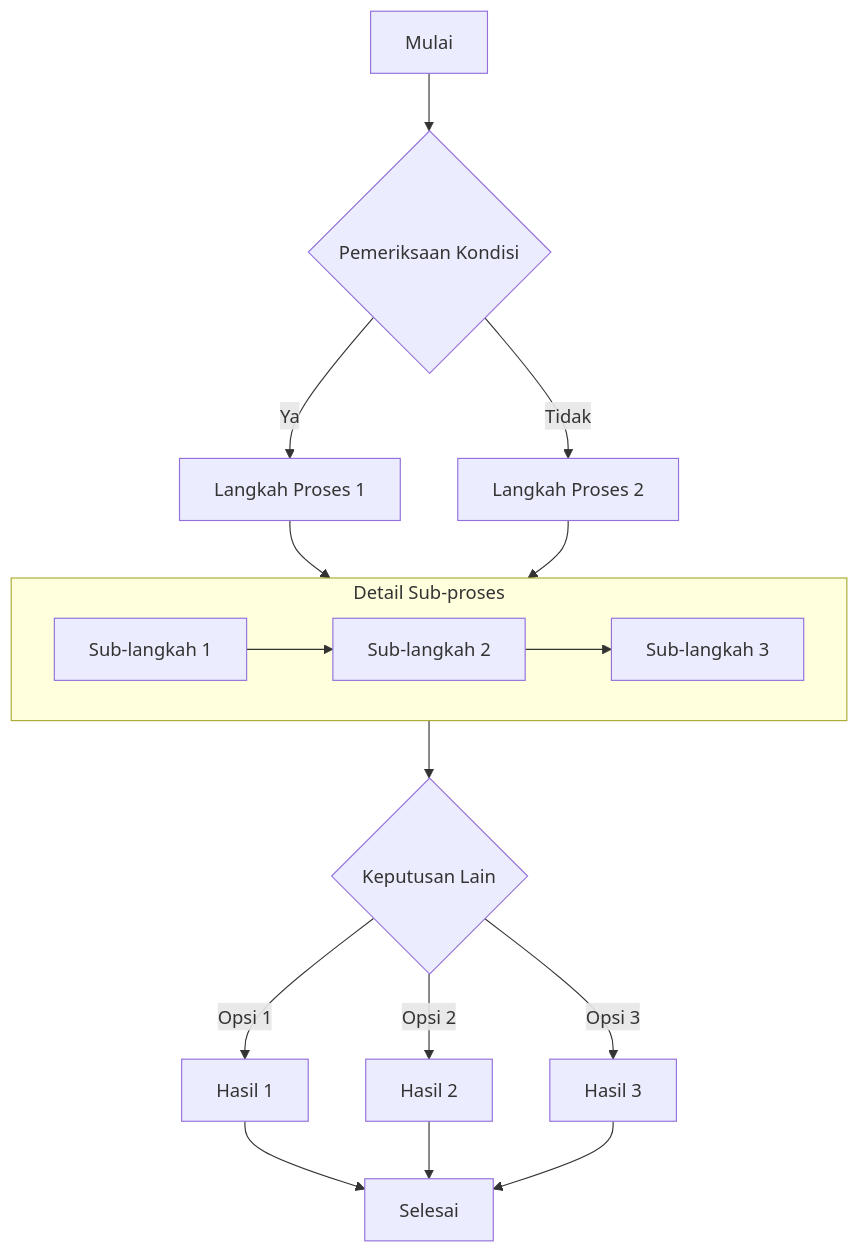
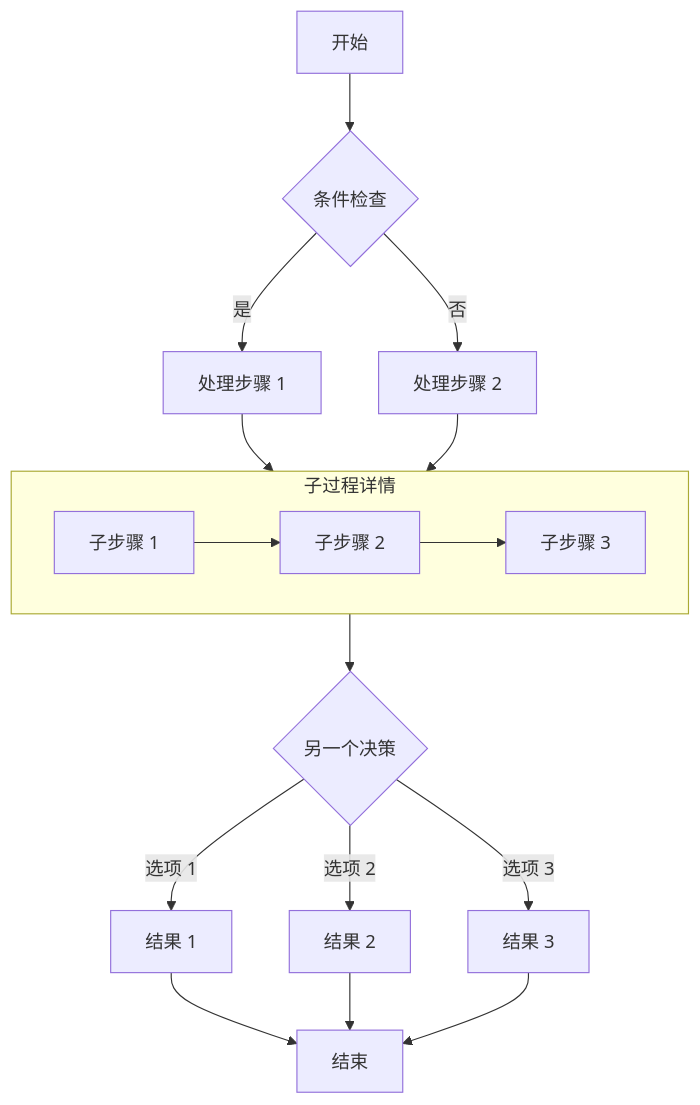
One commit to abqoryme/LightKira changed the first of 14 diagrams in src/content/posts/markdown-mermaid.md. Above: the diagram before and after it, drawn with Mermaid. The commit also changed other lines of this file and 516 other files, not shown here.

````diff
--- a/src/content/posts/markdown-mermaid.md
+++ b/src/content/posts/markdown-mermaid.md
@@ -18,20 +25,19 @@
 ```mermaid
 graph TD
-    A[Mulai] --> B{Pemeriksaan Kondisi}
-    B -->|Ya| C[Langkah Proses 1]
-    B -->|Tidak| D[Langkah Proses 2]
-    C --> E[Sub-proses]
+    A[开始] --> B{条件检查}
+    B -->|是| C[处理步骤 1]
+    B -->|否| D[处理步骤 2]
+    C --> E[子过程]
     D --> E
-    subgraph E [Detail Sub-proses]
-        E1[Sub-langkah 1] --> E2[Sub-langkah 2]
-        E2 --> E3[Sub-langkah 3]
+    subgraph E [子过程详情]
+        E1[子步骤 1] --> E2[子步骤 2]
+        E2 --> E3[子步骤 3]
     end
-    E --> F{Keputusan Lain}
-    F -->|Opsi 1| G[Hasil 1]
-    F -->|Opsi 2| H[Hasil 2]
-    F -->|Opsi 3| I[Hasil 3]
-    G --> J[Selesai]
+    E --> F{另一个决策}
+    F -->|选项 1| G[结果 1]
+    F -->|选项 2| H[结果 2]
+    F -->|选项 3| I[结果 3]
+    G --> J[结束]
     H --> J
     I --> J
-
 ```
````
